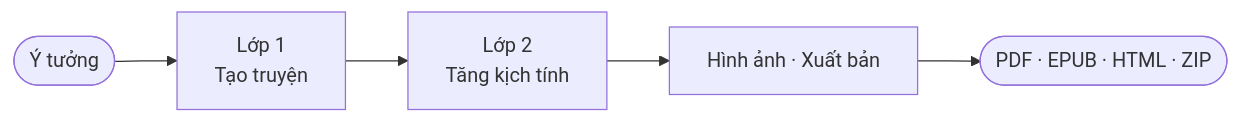
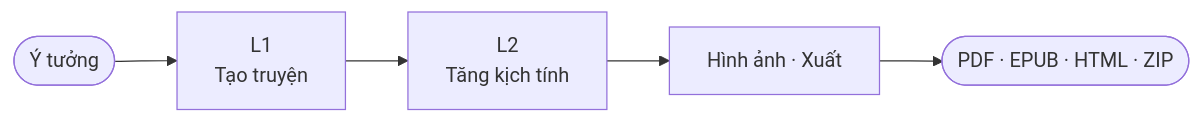
The diagram in README.vi.md (HieuNTg/STORYFORGE), drawn with Mermaid before and after one commit. The commit also changed other lines of this file and 1 other file, not shown here.

````diff
--- a/README.vi.md
+++ b/README.vi.md
@@ -280,7 +82,7 @@
 ```mermaid
 flowchart LR
-    idea([Ý tưởng]) --> L1[Lớp 1<br/>Tạo truyện]
-    L1 --> L2[Lớp 2<br/>Tăng kịch tính]
-    L2 --> media[Hình ảnh · Xuất bản]
+    idea([Ý tưởng]) --> L1[L1<br/>Tạo truyện]
+    L1 --> L2[L2<br/>Tăng kịch tính]
+    L2 --> media[Hình ảnh · Xuất]
     media --> out([PDF · EPUB · HTML · ZIP])
 ```
````
